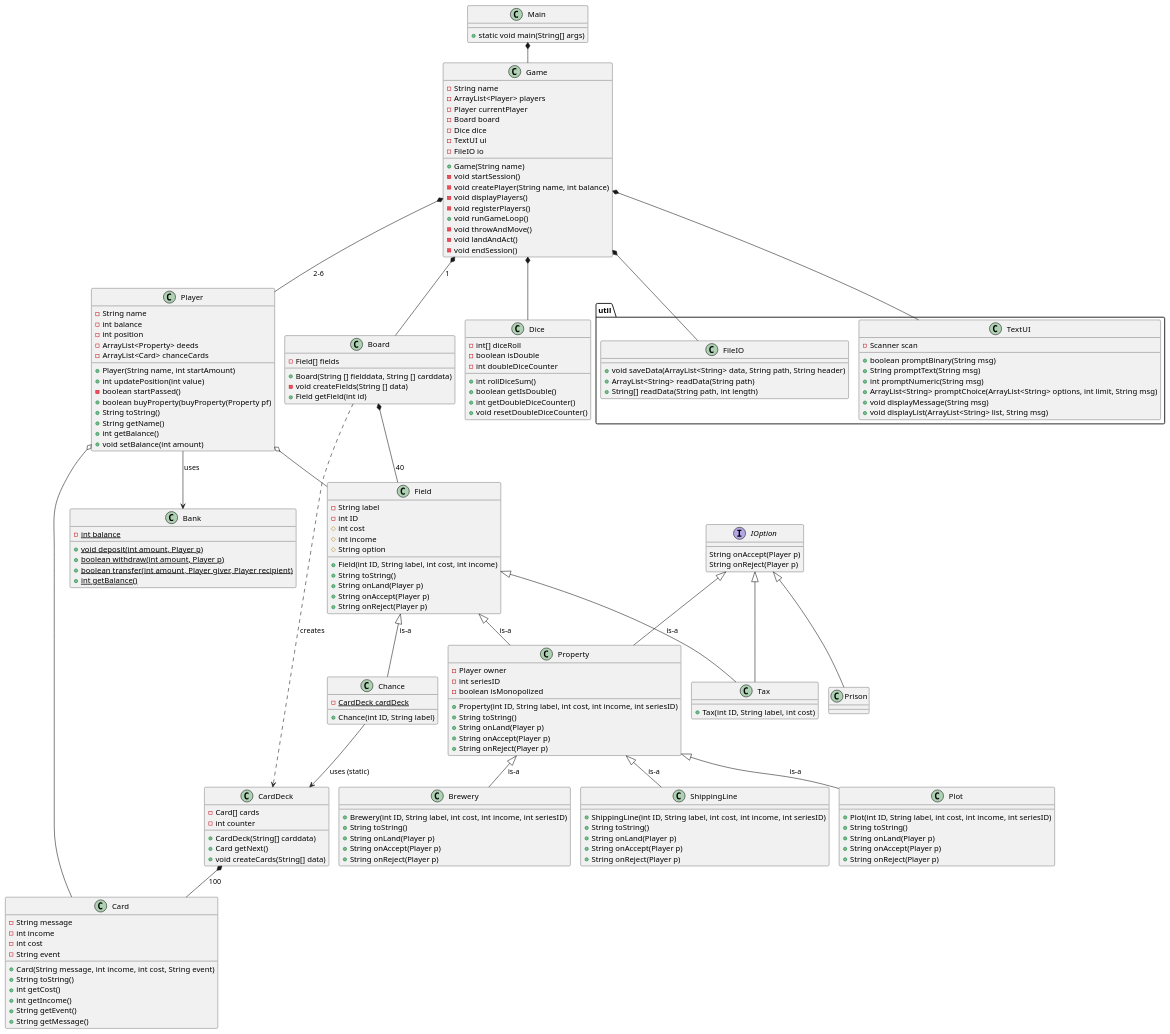
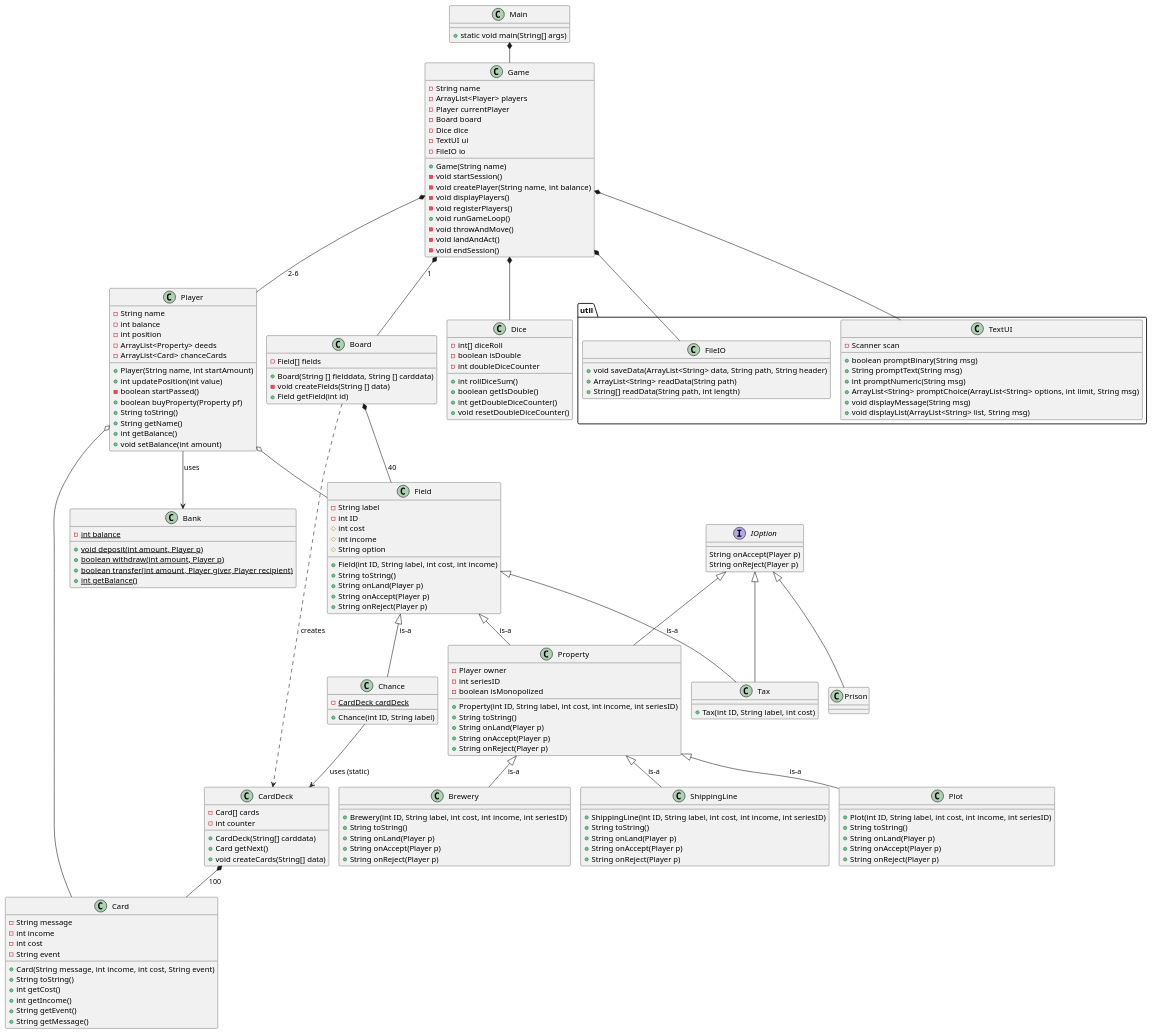
The diagram in doc/plan/static/classdiagram_v2.puml (Dat1Cphbusiness/MonopolyE25), drawn with PlantUML before and after one commit. The commit also changed 3 other files, not shown here.

```diff
--- a/doc/plan/static/classdiagram_v2.puml
+++ b/doc/plan/static/classdiagram_v2.puml
@@ -1,198 +1,198 @@
 @startuml
 !pragma layout smetana
 
 class Main{
 + static void main(String[] args)
 }
 
 
 
 
 class Game{
  - String name
  - ArrayList<Player> players
  - Player currentPlayer
  - Board board
  - Dice dice
  'utilities
   - TextUI ui
   - FileIO io
   'Contructor
  + Game(String name)
  'Methods
  - void startSession()
  - void createPlayer(String name, int balance)
  - void displayPlayers()
  - void registerPlayers()
  + void runGameLoop()
  - void throwAndMove()
  - void landAndAct()
  - void endSession()
 
 }
 
 
 class Player{
 - String name
 - int balance
 - int position
 - ArrayList<Property> deeds
 - ArrayList<Card> chanceCards
 + Player(String name, int startAmount)
 + int updatePosition(int value)
 - boolean startPassed()
-+ boolean buyProperty(buyProperty(Property pf)
++ boolean buyProperty(Property pf)
 + String toString()
 + String getName()
 + int getBalance()
 + void setBalance(int amount)
 }
 
 
 class Bank{
 - {static} int balance
 + {static} void deposit(int amount, Player p)
 + {static} boolean withdraw(int amount, Player p)
 + {static} boolean transfer(int amount, Player giver, Player recipient)
 + {static} int getBalance()
 }
 
 class Field{
  - String label
  - int ID
  # int cost
  # int income
  # String option
  + Field(int ID, String label, int cost, int income)
  + String toString()
  + String onLand(Player p)
  + String onAccept(Player p)
  + String onReject(Player p)
 }
 class Board{
  - Field[] fields
  + Board(String [] fielddata, String [] carddata)
 'konstruktoren instansierer CardDeck med carddata som argument og tildeler til Chance.cardDeck
  - void createFields(String [] data)
  + Field getField(int id)
 
 }
 
 class Property{
  - Player owner
  - int seriesID
  - boolean isMonopolized
  + Property(int ID, String label, int cost, int income, int seriesID)
  + String toString()
   + String onLand(Player p)
   + String onAccept(Player p)
   + String onReject(Player p)
 }
 
 class Plot{
  + Plot(int ID, String label, int cost, int income, int seriesID)
  + String toString()
   + String onLand(Player p)
   + String onAccept(Player p)
   + String onReject(Player p)
  }
 
  class Brewery{
 
   + Brewery(int ID, String label, int cost, int income, int seriesID)
   + String toString()
    + String onLand(Player p)
    + String onAccept(Player p)
    + String onReject(Player p)
   }
 
   class ShippingLine{
 
    + ShippingLine(int ID, String label, int cost, int income, int seriesID)
    + String toString()
     + String onLand(Player p)
     + String onAccept(Player p)
     + String onReject(Player p)
    }
 
 class Chance{
  - {static} CardDeck cardDeck
  + Chance(int ID, String label)
 }
 class Tax{
  + Tax(int ID, String label, int cost)
 }
 class CardDeck {
 - Card[] cards
 - int counter
 + CardDeck(String[] carddata)
 + Card getNext()
 + void createCards(String[] data)
 }
 class Card{
 -String message
 -int income
 -int cost
 -String event
 +Card(String message, int income, int cost, String event)
 +String toString()
 + int getCost()
 + int getIncome()
 + String getEvent()
 + String getMessage()
 }
 
 class Dice{
  - int[] diceRoll
  - boolean isDouble
  - int doubleDiceCounter
  + int rollDiceSum()
  + boolean getIsDouble()
  + int getDoubleDiceCounter()
  + void resetDoubleDiceCounter()
  }
 package "util" {
 class TextUI {
 - Scanner scan
 + boolean promptBinary(String msg)
 + String promptText(String msg)
 + int promptNumeric(String msg)
 + ArrayList<String> promptChoice(ArrayList<String> options, int limit, String msg)
 + void displayMessage(String msg)
 + void displayList(ArrayList<String> list, String msg)
 }
 
 class FileIO{
 + void saveData(ArrayList<String> data, String path, String header)
 + ArrayList<String> readData(String path)
 + String[] readData(String path, int length)
 }
 }
 interface IOption{
  String onAccept(Player p)
  String onReject(Player p)
 }
 IOption <|-- Property
 IOption <|-- Tax
 IOption <|-- Prison
 Field <|-- Property: is-a
 Field <|-- Chance: is-a
 Field <|-- Tax: is-a
 Property <|-- Plot: is-a
 Property <|-- Brewery: is-a
  Property <|-- ShippingLine: is-a
 Game *-- TextUI
 Main *-- Game
 Game *-- Player: 2-6
 Game *-- FileIO
 Player --> Bank:uses
 Game *-- Board:1
 Board *-- Field:40
 Board ..> CardDeck : creates
 Chance --> CardDeck : uses (static)
 CardDeck *-- Card:100
 Game *-- Dice
 Player o-- Card
 Player o-- Field
 
 @enduml
```
